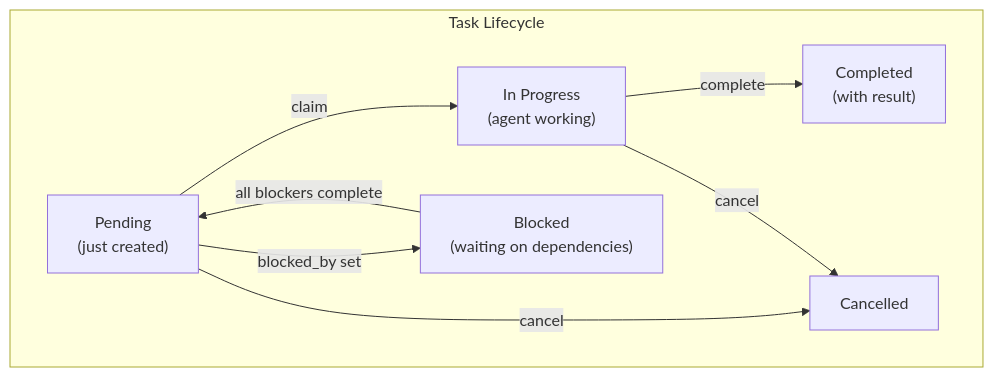
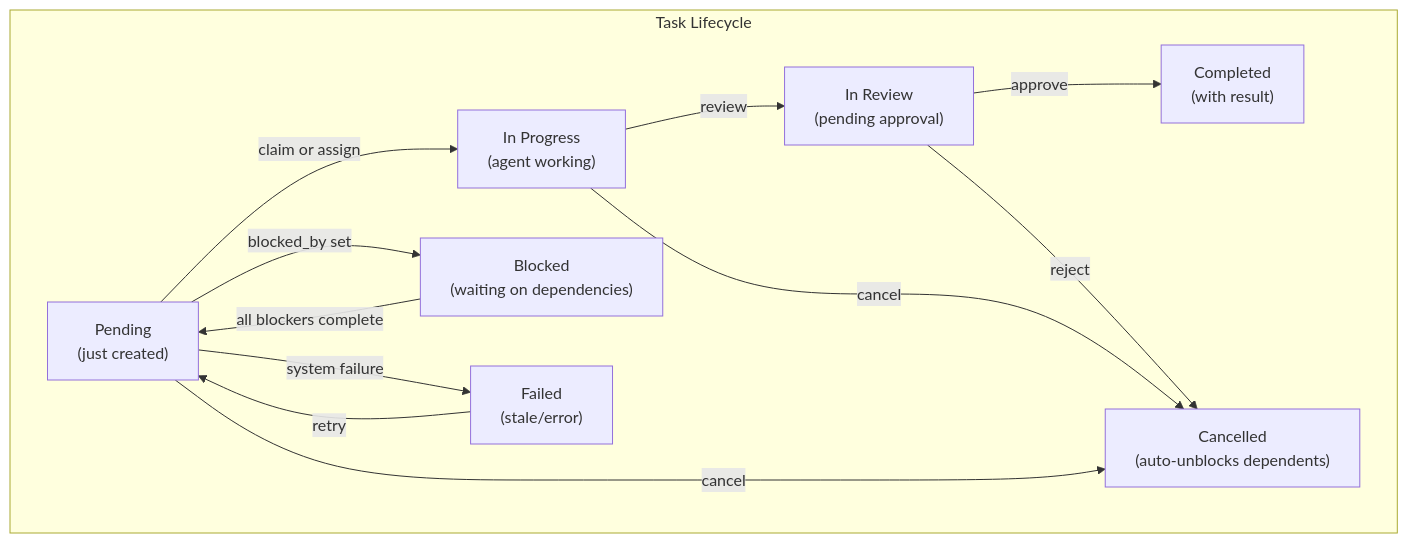
The fourth of 6 diagrams in docs/11-agent-teams.md (qkhalk/goclaw), drawn with Mermaid before and after one commit. The commit also changed other lines of this file and 22 other files, not shown here.

````diff
--- a/docs/11-agent-teams.md
+++ b/docs/11-agent-teams.md
@@ -125,11 +125,15 @@
 ```mermaid
 flowchart TD
     subgraph "Task Lifecycle"
-        PENDING["Pending<br/>(just created)"] -->|claim| IN_PROGRESS["In Progress<br/>(agent working)"]
+        PENDING["Pending<br/>(just created)"] -->|claim or assign| IN_PROGRESS["In Progress<br/>(agent working)"]
         PENDING -->|blocked_by set| BLOCKED["Blocked<br/>(waiting on dependencies)"]
         BLOCKED -->|all blockers complete| PENDING
-        IN_PROGRESS -->|complete| COMPLETED["Completed<br/>(with result)"]
-        PENDING -->|cancel| CANCELLED["Cancelled"]
+        IN_PROGRESS -->|review| IN_REVIEW["In Review<br/>(pending approval)"]
+        IN_REVIEW -->|approve| COMPLETED["Completed<br/>(with result)"]
+        IN_REVIEW -->|reject| CANCELLED["Cancelled<br/>(auto-unblocks dependents)"]
         IN_PROGRESS -->|cancel| CANCELLED
+        PENDING -->|cancel| CANCELLED
+        PENDING -->|system failure| FAILED["Failed<br/>(stale/error)"]
+        FAILED -->|retry| PENDING
     end
 ```
````
